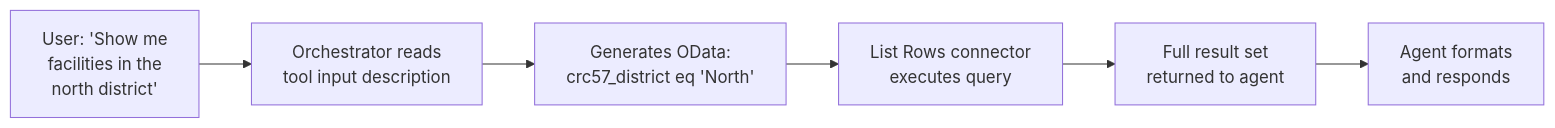
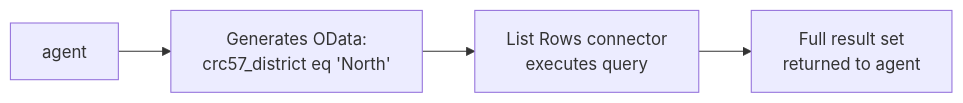
The third of 5 diagrams in _posts/2026-04-10-dataverse-retrieval-patterns-copilot-studio.md (microsoft/mcscatblog), drawn with Mermaid before and after one commit. The commit also changed other lines of this file and 4 other files, not shown here.

````diff
--- a/_posts/2026-04-10-dataverse-retrieval-patterns-copilot-studio.md
+++ b/_posts/2026-04-10-dataverse-retrieval-patterns-copilot-studio.md
@@ -327,8 +321,6 @@
 ```mermaid
 flowchart LR
-    A["User: 'Show me<br>facilities in the<br>north district'"] --> B["Orchestrator reads<br>tool input description"]
-    B --> C["Generates OData:<br>crc57_district eq 'North'"]
+    A["agent"] --> C["Generates OData:<br>crc57_district eq 'North'"]
     C --> D["List Rows connector<br>executes query"]
     D --> E["Full result set<br>returned to agent"]
-    E --> F["Agent formats<br>and responds"]
 ```
````
